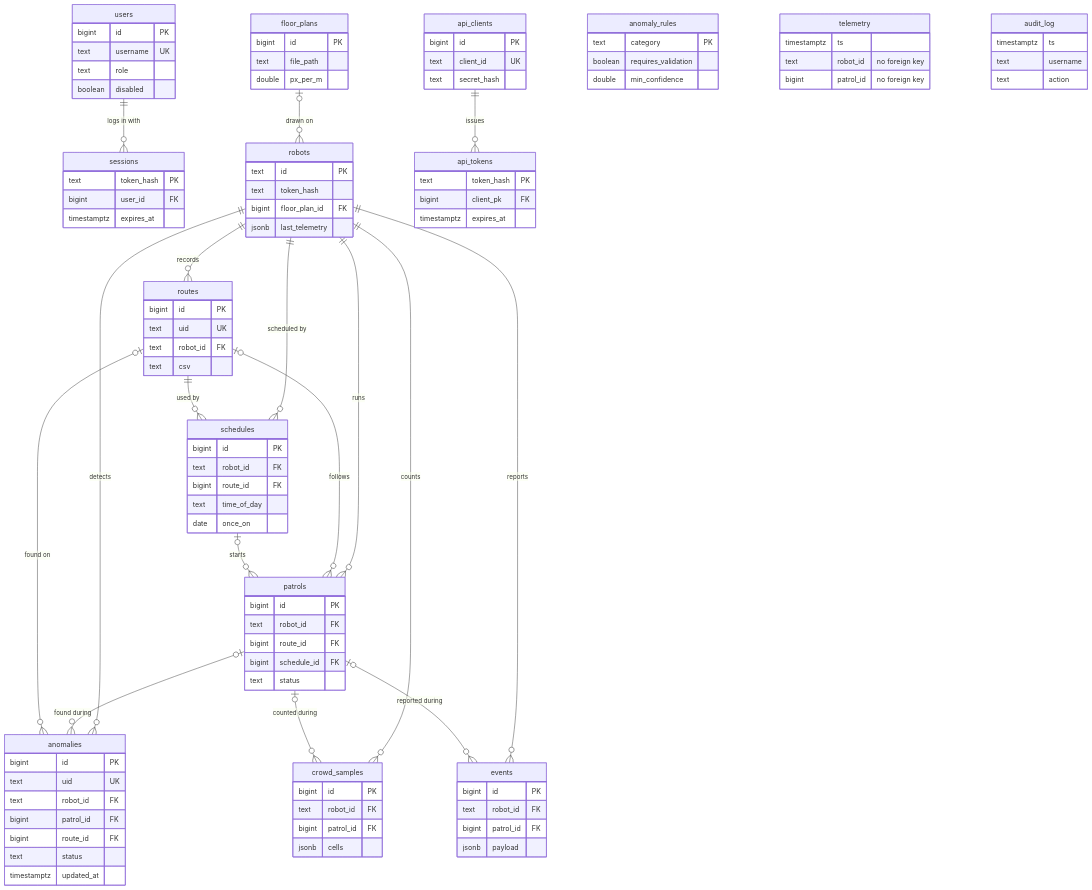
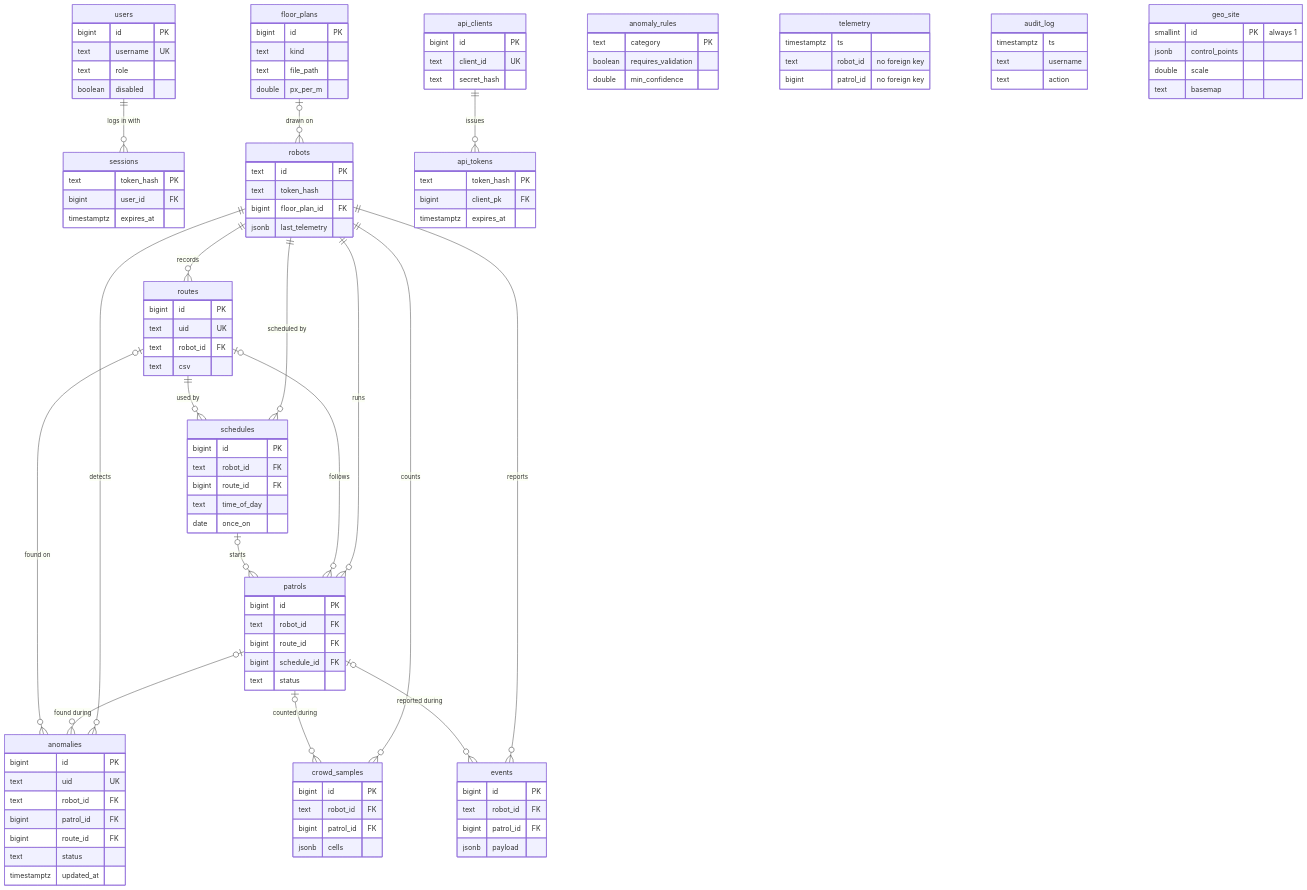
Before and after one commit to DarmawanWeb/netra-fleet-be: the diagram in docs/database.md, drawn with Mermaid. The commit also changed other lines of this file and 6 other files, not shown here.

````diff
--- a/docs/database.md
+++ b/docs/database.md
@@ -68,6 +68,7 @@
     }
     floor_plans {
         bigint id PK
+        text kind
         text file_path
         double px_per_m
     }
@@ -137,4 +138,10 @@
         bigint client_pk FK
         timestamptz expires_at
     }
+    geo_site {
+        smallint id PK "always 1"
+        jsonb control_points
+        double scale
+        text basemap
+    }
 ```
````
